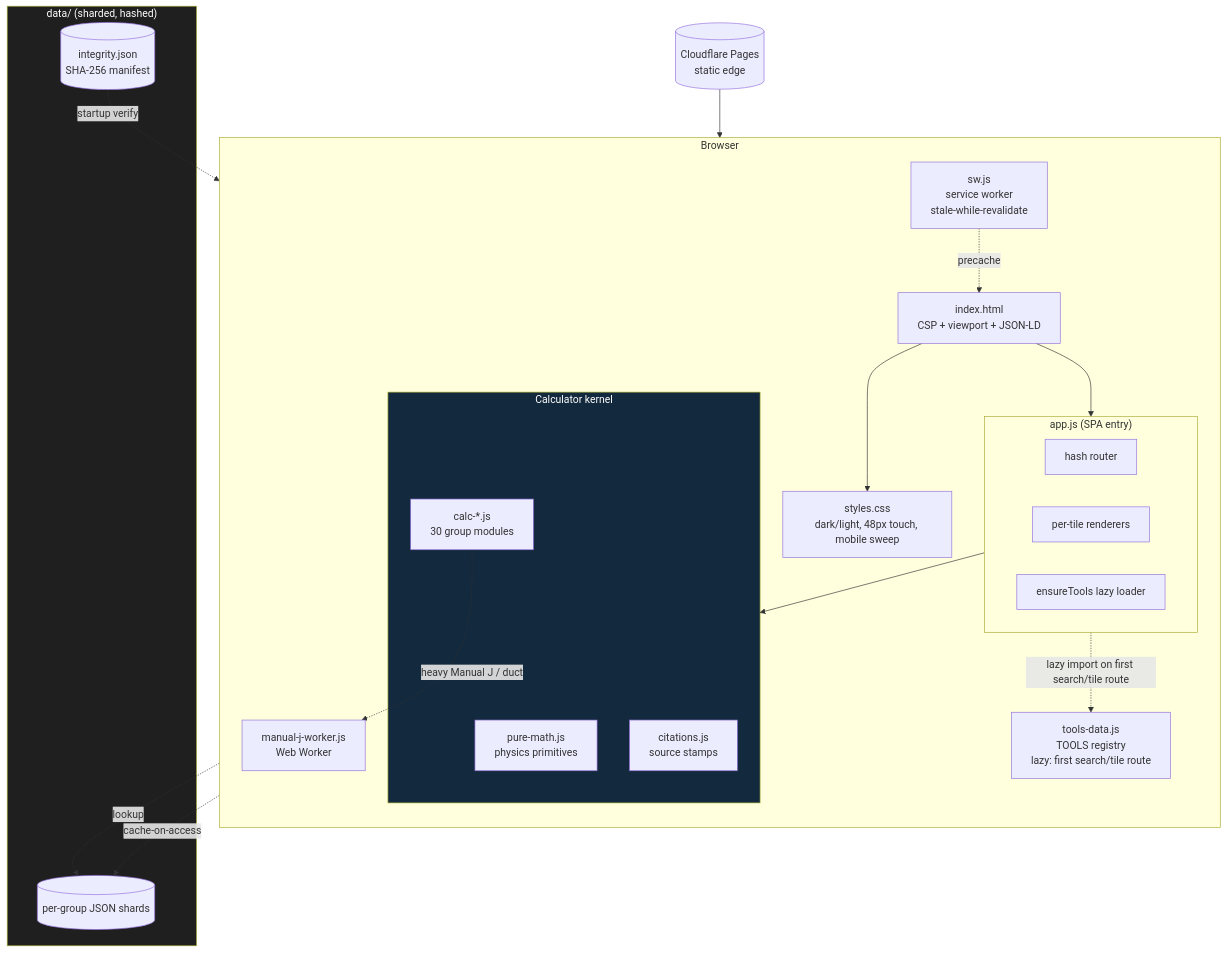
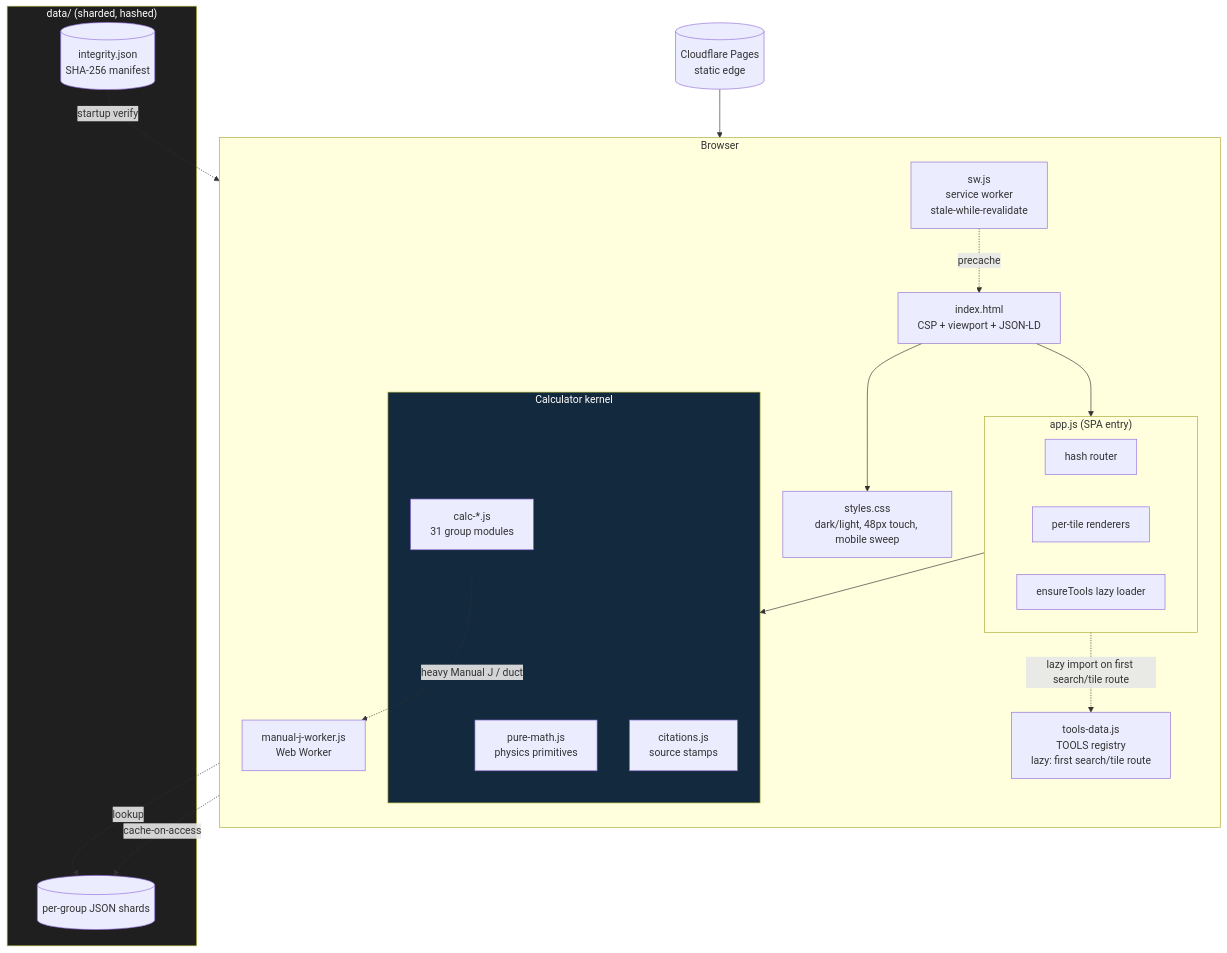
Before and after one commit to clay-good/roughlogic.com: the second of 7 diagrams in README.md, drawn with Mermaid. The commit also changed other lines of this file and 16 other files, not shown here.

````diff
--- a/README.md
+++ b/README.md
@@ -77,39 +77,39 @@
 ```mermaid
 flowchart TB
     subgraph Browser
         direction TB
         HTML[index.html\nCSP + viewport + JSON-LD]
         CSS[styles.css\ndark/light, 48px touch, mobile sweep]
         subgraph App["app.js (SPA entry)"]
             ROUTE[hash router]
             RENDER[per-tile renderers]
             ENSURE[ensureTools lazy loader]
         end
         TOOLS[tools-data.js\nTOOLS registry\nlazy: first search/tile route]
         subgraph Calc["Calculator kernel"]
             PM[pure-math.js\nphysics primitives]
-            CALC[calc-*.js\n30 group modules]
+            CALC[calc-*.js\n31 group modules]
             CIT[citations.js\nsource stamps]
         end
         SW[sw.js\nservice worker\nstale-while-revalidate]
         WORKER[manual-j-worker.js\nWeb Worker]
     end
     subgraph Data["data/ (sharded, hashed)"]
         SHARDS[(per-group JSON shards)]
         INTEG[(integrity.json\nSHA-256 manifest)]
     end
     CDN[(Cloudflare Pages\nstatic edge)]
 
     CDN --> HTML
     HTML --> CSS
     HTML --> App
     App -.lazy import on first search/tile route.-> TOOLS
     App --> Calc
     CALC -.->|heavy Manual J / duct| WORKER
     CALC -.->|lookup| SHARDS
     SW -.precache.-> HTML
     SW -.cache-on-access.-> SHARDS
     INTEG -.startup verify.-> App
     style Calc fill:#13293d,color:#fff
     style Data fill:#1f1f1f,color:#fff
 ```
````
